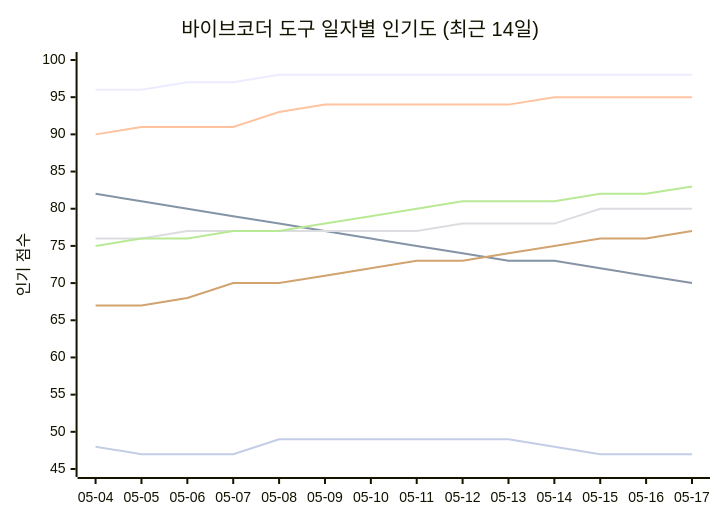
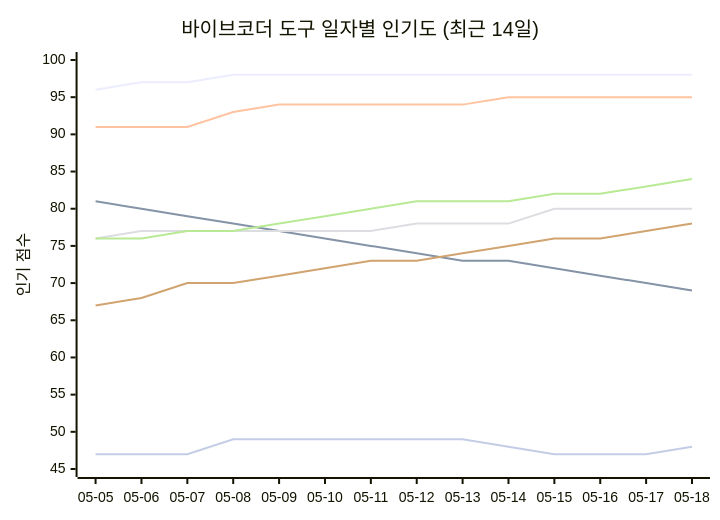
One commit to tykimos/ai-whatchelin changed the seventh of 11 diagrams in README_ko.md. Above: the diagram before and after it, drawn with Mermaid. The commit also changed other lines of this file and 4 other files, not shown here.

````diff
--- a/README_ko.md
+++ b/README_ko.md
@@ -819,13 +825,13 @@
 ```mermaid
 xychart-beta
     title "바이브코더 도구 일자별 인기도 (최근 14일)"
-    x-axis ["05-04", "05-05", "05-06", "05-07", "05-08", "05-09", "05-10", "05-11", "05-12", "05-13", "05-14", "05-15", "05-16", "05-17"]
+    x-axis ["05-05", "05-06", "05-07", "05-08", "05-09", "05-10", "05-11", "05-12", "05-13", "05-14", "05-15", "05-16", "05-17", "05-18"]
     y-axis "인기 점수" 45 --> 100
-    line "Claude Code" [96, 96, 97, 97, 98, 98, 98, 98, 98, 98, 98, 98, 98, 98]
-    line "GH Copilot" [82, 81, 80, 79, 78, 77, 76, 75, 74, 73, 73, 72, 71, 70]
-    line "Cursor" [90, 91, 91, 91, 93, 94, 94, 94, 94, 94, 95, 95, 95, 95]
-    line "Windsurf" [76, 76, 77, 77, 77, 77, 77, 77, 78, 78, 78, 80, 80, 80]
-    line "Codex CLI" [75, 76, 76, 77, 77, 78, 79, 80, 81, 81, 81, 82, 82, 83]
-    line "Gemini CLI" [67, 67, 68, 70, 70, 71, 72, 73, 73, 74, 75, 76, 76, 77]
-    line "Antigravity" [48, 47, 47, 47, 49, 49, 49, 49, 49, 49, 48, 47, 47, 47]
+    line "Claude Code" [96, 97, 97, 98, 98, 98, 98, 98, 98, 98, 98, 98, 98, 98]
+    line "GH Copilot" [81, 80, 79, 78, 77, 76, 75, 74, 73, 73, 72, 71, 70, 69]
+    line "Cursor" [91, 91, 91, 93, 94, 94, 94, 94, 94, 95, 95, 95, 95, 95]
+    line "Windsurf" [76, 77, 77, 77, 77, 77, 77, 78, 78, 78, 80, 80, 80, 80]
+    line "Codex CLI" [76, 76, 77, 77, 78, 79, 80, 81, 81, 81, 82, 82, 83, 84]
+    line "Gemini CLI" [67, 68, 70, 70, 71, 72, 73, 73, 74, 75, 76, 76, 77, 78]
+    line "Antigravity" [47, 47, 47, 49, 49, 49, 49, 49, 49, 48, 47, 47, 47, 48]
 ```
````
